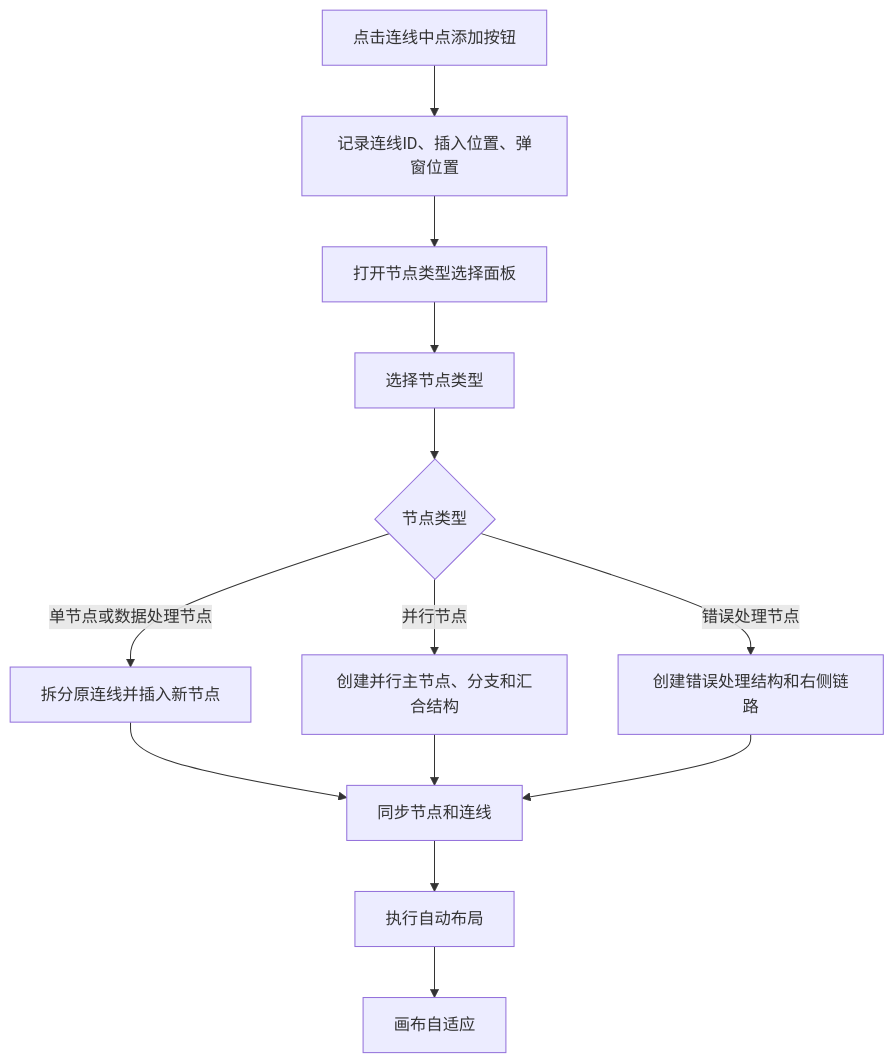
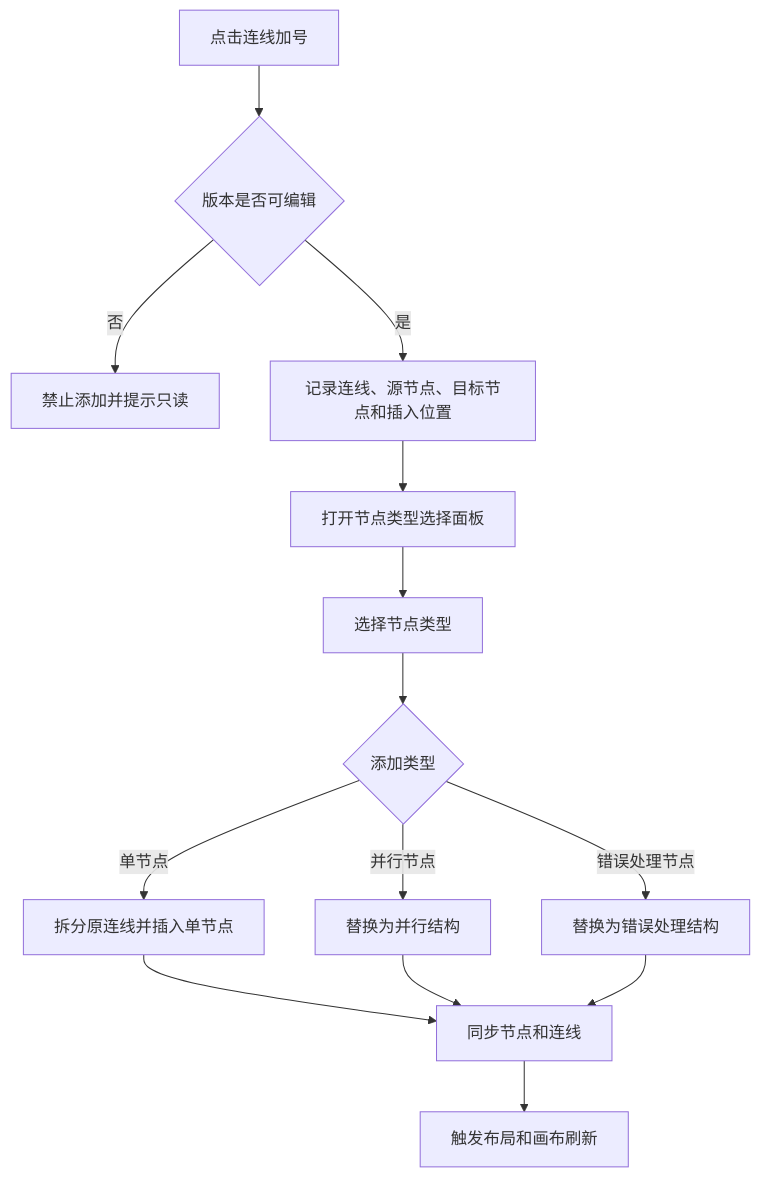
One commit to THZSummer/open-app changed diagram 11 of 28 in front/doc/2026年6月文档/连接流配置需求设计说明书.md. Above: the diagram before and after it, drawn with Mermaid. The commit also changed other lines of this file, not shown here.

````diff
--- a/front/doc/2026年6月文档/连接流配置需求设计说明书.md
+++ b/front/doc/2026年6月文档/连接流配置需求设计说明书.md
@@ -410,15 +395,16 @@
 ```mermaid
 flowchart TD
-  EdgeButton[点击连线中点添加按钮] --> RecordContext[记录连线ID、插入位置、弹窗位置]
+  ClickPlus[点击连线加号] --> CheckEditable{版本是否可编辑}
+  CheckEditable -->|否| ReadonlyStop[禁止添加并提示只读]
+  CheckEditable -->|是| RecordContext[记录连线、源节点、目标节点和插入位置]
   RecordContext --> OpenSelector[打开节点类型选择面板]
   OpenSelector --> SelectType[选择节点类型]
-  SelectType --> TypeCheck{节点类型}
-  TypeCheck -->|单节点或数据处理节点| InsertNormal[拆分原连线并插入新节点]
-  TypeCheck -->|并行节点| InsertParallel[创建并行主节点、分支和汇合结构]
-  TypeCheck -->|错误处理节点| InsertErrorHandler[创建错误处理结构和右侧链路]
-  InsertNormal --> SyncCanvas[同步节点和连线]
-  InsertParallel --> SyncCanvas
-  InsertErrorHandler --> SyncCanvas
-  SyncCanvas --> AutoLayout[执行自动布局]
-  AutoLayout --> FitView[画布自适应]
+  SelectType --> TypeCheck{添加类型}
+  TypeCheck -->|单节点| InsertSingle[拆分原连线并插入单节点]
+  TypeCheck -->|并行节点| InsertParallel[替换为并行结构]
+  TypeCheck -->|错误处理节点| InsertError[替换为错误处理结构]
+  InsertSingle --> SyncData[同步节点和连线]
+  InsertParallel --> SyncData
+  InsertError --> SyncData
+  SyncData --> LayoutRefresh[触发布局和画布刷新]
 ```
````
